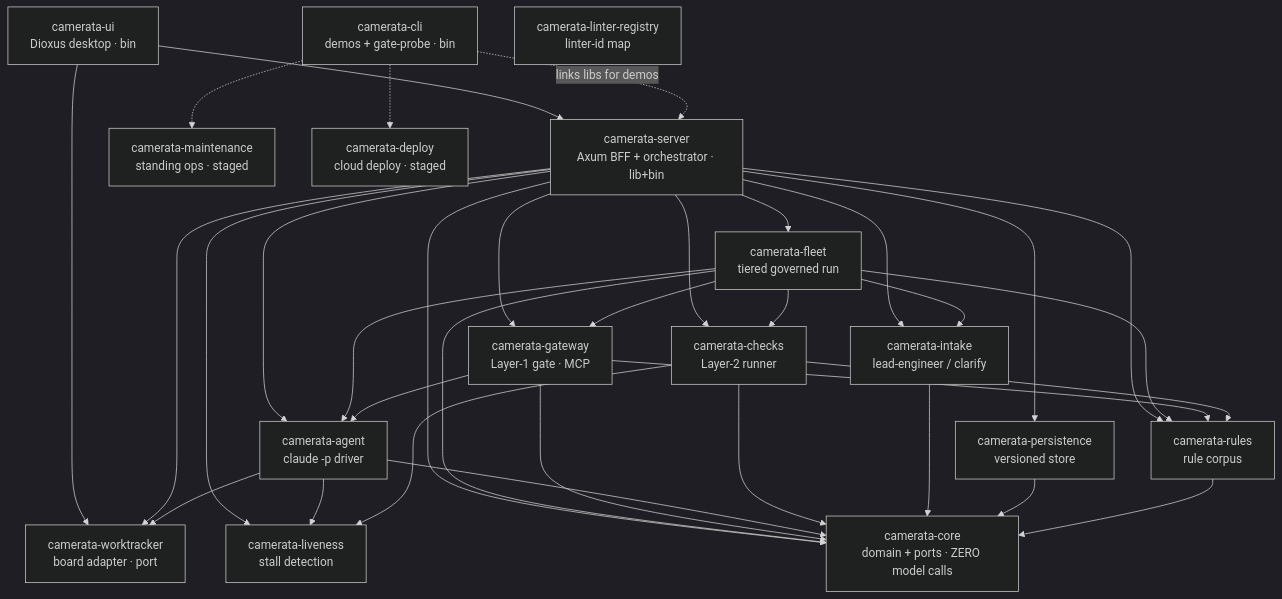
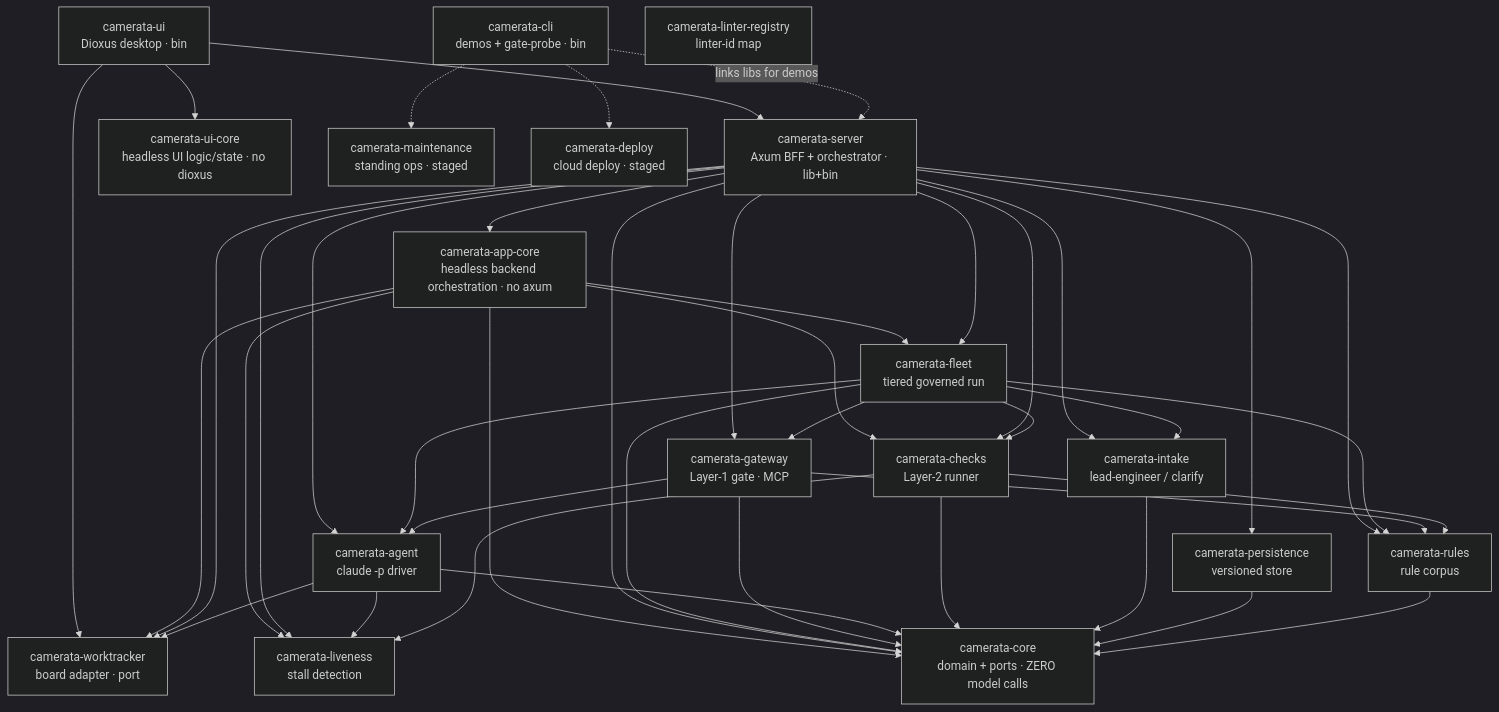
Before and after one commit to zernst3/camerata-orchestrator: the diagram in README.md, drawn with Mermaid (dark theme). The commit also changed other lines of this file and 4 other files, not shown here.

````diff
--- a/README.md
+++ b/README.md
@@ -176,53 +176,62 @@
 ```mermaid
 graph TD
     ui["camerata-ui<br/>Dioxus desktop · bin"]
     cli["camerata-cli<br/>demos + gate-probe · bin"]
     server["camerata-server<br/>Axum BFF + orchestrator · lib+bin"]
+    appcore["camerata-app-core<br/>headless backend orchestration · no axum"]
+    uicore["camerata-ui-core<br/>headless UI logic/state · no dioxus"]
     fleet["camerata-fleet<br/>tiered governed run"]
     gateway["camerata-gateway<br/>Layer-1 gate · MCP"]
     agent["camerata-agent<br/>claude -p driver"]
     checks["camerata-checks<br/>Layer-2 runner"]
     intake["camerata-intake<br/>lead-engineer / clarify"]
     maintenance["camerata-maintenance<br/>standing ops · staged"]
     persistence["camerata-persistence<br/>versioned store"]
     worktracker["camerata-worktracker<br/>board adapter · port"]
     deploy["camerata-deploy<br/>cloud deploy · staged"]
     core["camerata-core<br/>domain + ports · ZERO model calls"]
     rules["camerata-rules<br/>rule corpus"]
     liveness["camerata-liveness<br/>stall detection"]
     linter["camerata-linter-registry<br/>linter-id map"]
 
     ui --> server
     ui --> worktracker
+    ui --> uicore
+    server --> appcore
+    appcore --> fleet
+    appcore --> checks
+    appcore --> worktracker
+    appcore --> liveness
+    appcore --> core
     server --> gateway
     server --> fleet
     server --> intake
     server --> agent
     server --> checks
     server --> persistence
     server --> worktracker
     server --> rules
     server --> liveness
     server --> core
     fleet --> agent
     fleet --> checks
     fleet --> gateway
     fleet --> intake
     fleet --> rules
     fleet --> core
     gateway --> agent
     gateway --> rules
     gateway --> core
     agent --> worktracker
     agent --> liveness
     agent --> core
     checks --> rules
     checks --> liveness
     checks --> core
     intake --> core
     persistence --> core
     rules --> core
     cli -.->|links libs for demos| server
     cli -.-> maintenance
     cli -.-> deploy
 ```
````
